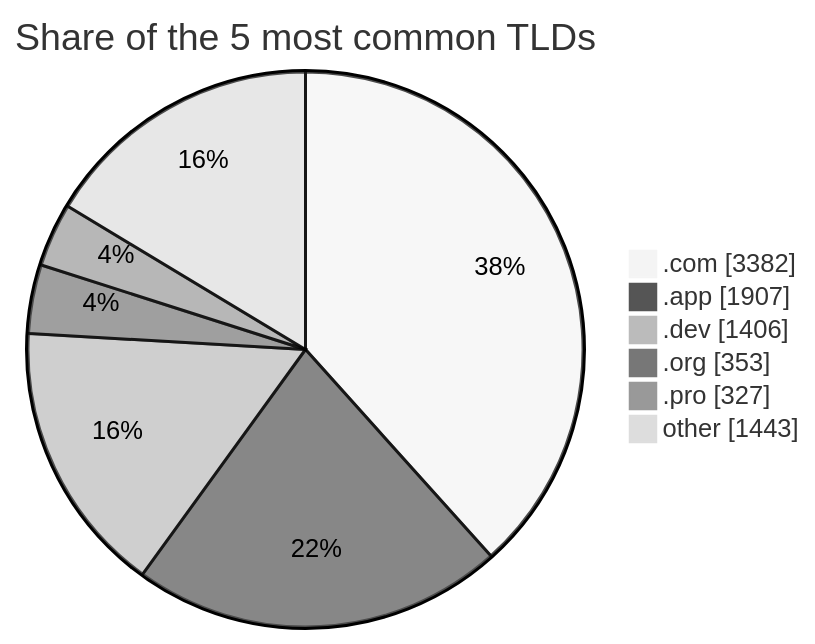
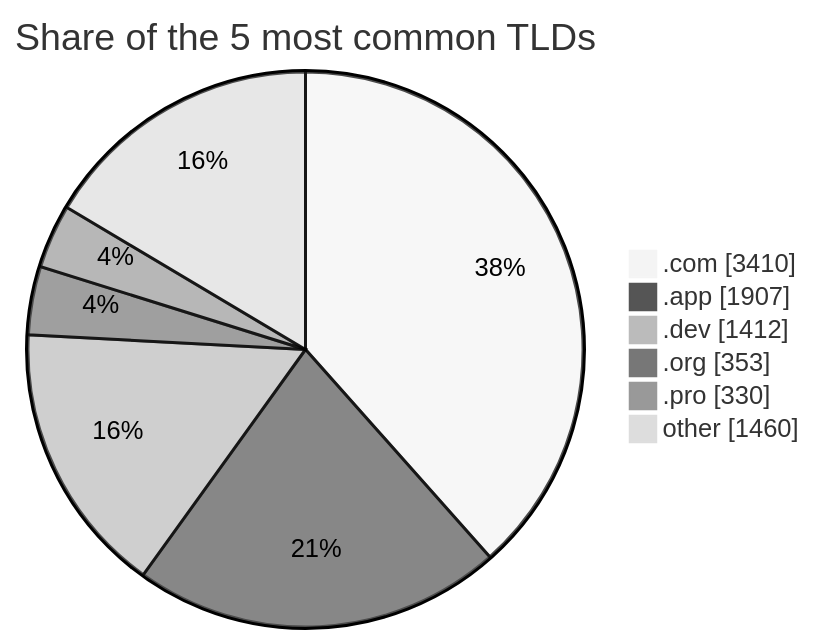
The second of 2 diagrams in README.md (DNSBunker/CTI), drawn with Mermaid (neutral theme) before and after one commit. The commit also changed other lines of this file and 3 other files, not shown here.

````diff
--- a/README.md
+++ b/README.md
@@ -72,9 +72,9 @@
 ```mermaid
 pie showData title Share of the 5 most common TLDs
-    ".com" : 3382
+    ".com" : 3410
     ".app" : 1907
-    ".dev" : 1406
+    ".dev" : 1412
     ".org" : 353
-    ".pro" : 327
-    "other" : 1443
+    ".pro" : 330
+    "other" : 1460
 ```
````
